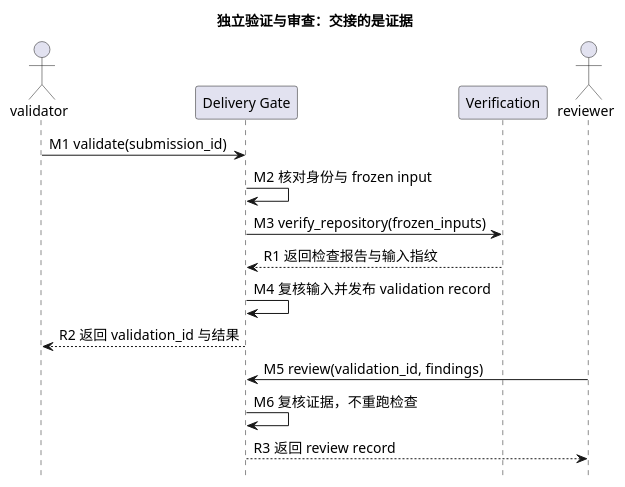
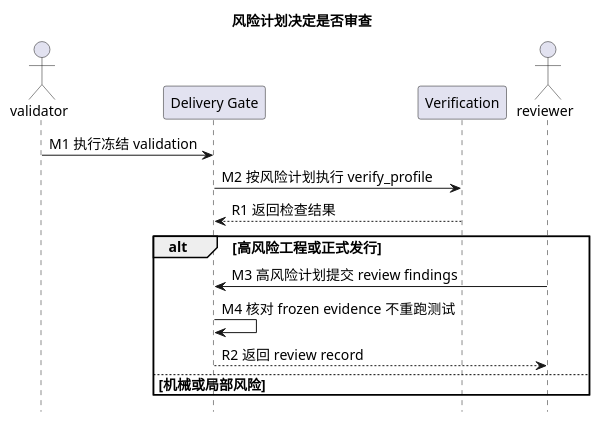
One commit to iampkuhz/lexiflow changed the diagram in docs/development/change-delivery/delivery-gate.md. Above: the diagram before and after it, drawn with PlantUML. The commit also changed other lines of this file and 150 other files, not shown here.

````diff
--- a/docs/development/change-delivery/delivery-gate.md
+++ b/docs/development/change-delivery/delivery-gate.md
@@ -9,25 +9,25 @@
 ```plantuml
 @startuml
 skinparam backgroundColor white
-skinparam defaultFontName SansSerif
+skinparam defaultFontName "PingFang SC"
 skinparam defaultFontSize 14
 skinparam shadowing false
 skinparam nodesep 40
 skinparam ranksep 45
 hide footbox
-title 独立验证与审查：交接的是证据
+title 风险计划决定是否审查
 actor "validator" as validator
-participant "Delivery Gate" as delivery_gate
+participant "Delivery Gate" as gate
 participant "Verification" as verification
 actor "reviewer" as reviewer
-validator -> delivery_gate: M1 validate(submission_id)
-delivery_gate -> delivery_gate: M2 核对身份与 frozen input
-delivery_gate -> verification: M3 verify_repository(frozen_inputs)
-verification --> delivery_gate: R1 返回检查报告与输入指纹
-delivery_gate -> delivery_gate: M4 复核输入并发布 validation record
-delivery_gate --> validator: R2 返回 validation_id 与结果
-reviewer -> delivery_gate: M5 review(validation_id, findings)
-delivery_gate -> delivery_gate: M6 复核证据，不重跑检查
-delivery_gate --> reviewer: R3 返回 review record
+validator -> gate : M1 执行冻结 validation
+gate -> verification : M2 按风险计划执行 verify_profile
+verification --> gate : R1 返回检查结果
+alt 高风险工程或正式发行
+  reviewer -> gate : M3 高风险计划提交 review findings
+  gate -> gate : M4 核对 frozen evidence 不重跑测试
+  gate --> reviewer : R2 返回 review record
+else 机械或局部风险
+end
 @enduml
 ```
````
